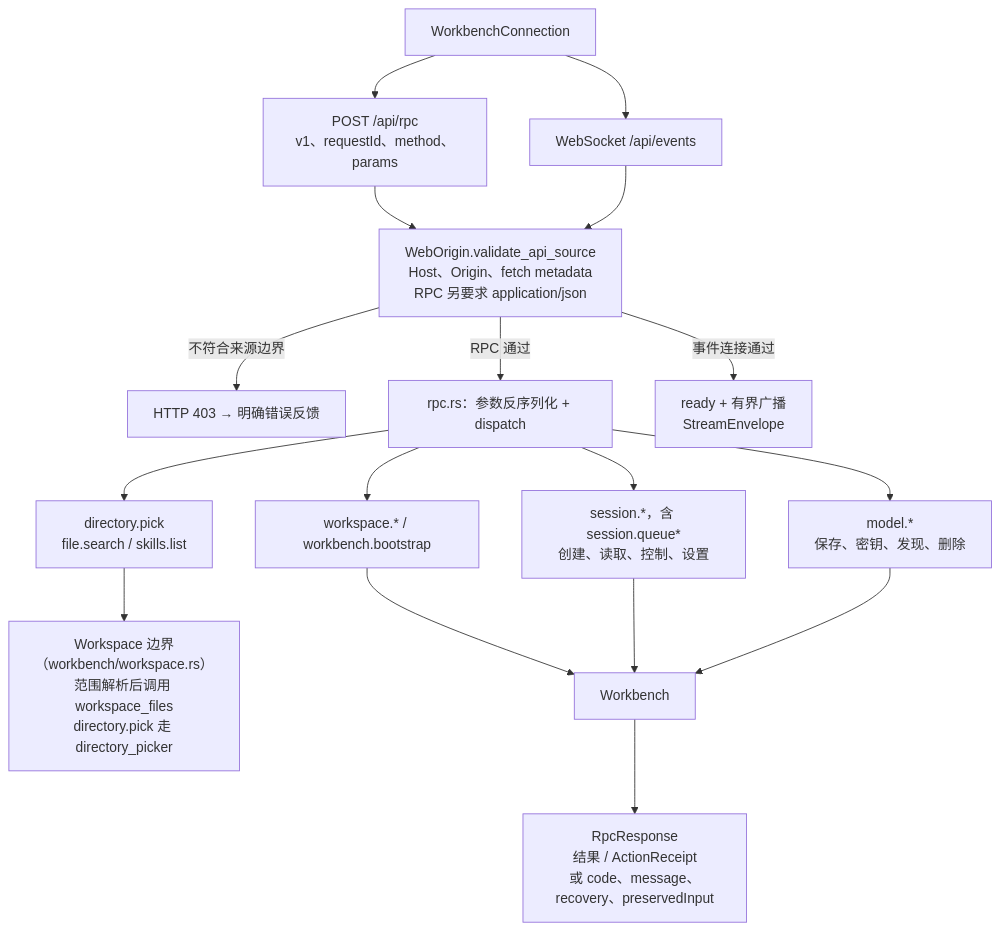
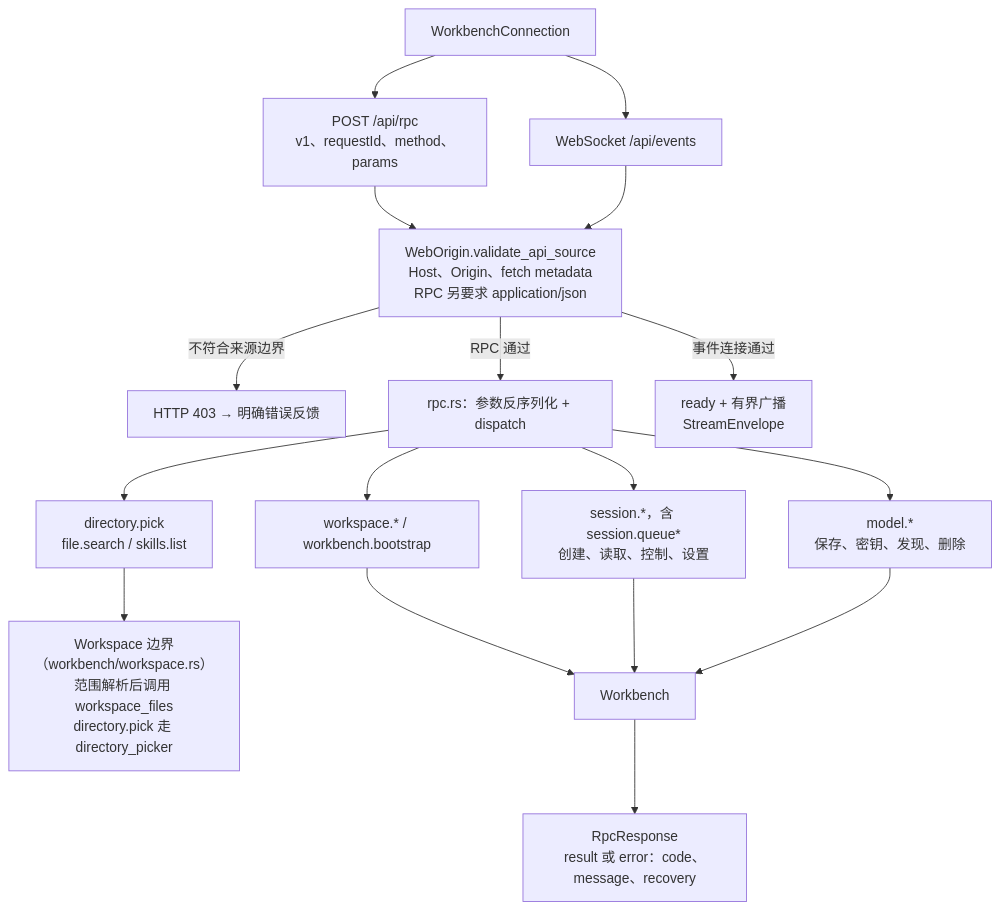
One commit to qjcnmd/singularity-agent changed the ninth of 29 diagrams in docs/singularity.md. Above: the diagram before and after it, drawn with Mermaid. The commit also changed other lines of this file and 10 other files, not shown here.

````diff
--- a/docs/singularity.md
+++ b/docs/singularity.md
@@ -241,19 +242,19 @@
 ```mermaid
 flowchart TB
     Browser["WorkbenchConnection"] --> RPC["POST /api/rpc<br/>v1、requestId、method、params"]
     Browser --> WS["WebSocket /api/events"]
     RPC --> Origin["WebOrigin.validate_api_source<br/>Host、Origin、fetch metadata<br/>RPC 另要求 application/json"]
     WS --> Origin
     Origin -->|"不符合来源边界"| Forbidden["HTTP 403 → 明确错误反馈"]
     Origin -->|"RPC 通过"| Dispatch["rpc.rs：参数反序列化 + dispatch"]
     Dispatch --> Files["directory.pick<br/>file.search / skills.list"]
     Dispatch --> Projects["workspace.* / workbench.bootstrap"]
     Dispatch --> Sessions["session.*，含 session.queue*<br/>创建、读取、控制、设置"]
     Dispatch --> Models["model.*<br/>保存、密钥、发现、删除"]
     Files --> FileAdapter["Workspace 边界（workbench/workspace.rs）<br/>范围解析后调用 workspace_files<br/>directory.pick 走 directory_picker"]
     Projects --> WB["Workbench"]
     Sessions --> WB
     Models --> WB
-    WB --> Receipt["RpcResponse<br/>结果 / ActionReceipt<br/>或 code、message、recovery、preservedInput"]
+    WB --> Receipt["RpcResponse<br/>result 或 error：code、message、recovery"]
     Origin -->|"事件连接通过"| Broadcast["ready + 有界广播<br/>StreamEnvelope"]
 ```
````
